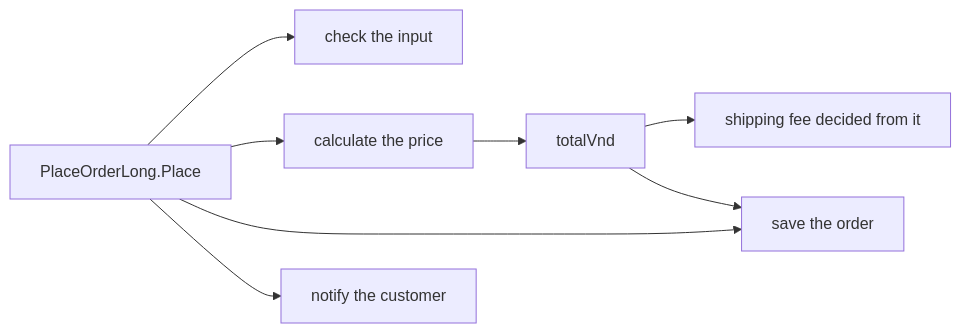
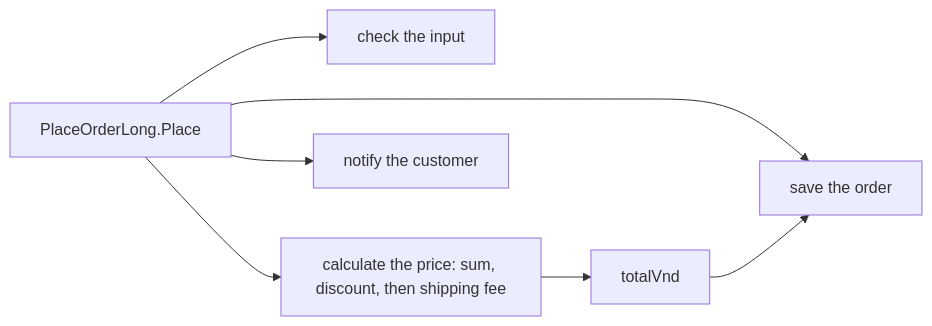
Before and after one commit to duyan11110/lo-trinh-architect: the diagram in content/tracks/design/solid/design.l1.why-design-matters.en.md, drawn with Mermaid. The commit also changed other lines of this file and 3 other files, not shown here.

````diff
--- a/content/tracks/design/solid/design.l1.why-design-matters.en.md
+++ b/content/tracks/design/solid/design.l1.why-design-matters.en.md
@@ -40,10 +40,9 @@
 ```mermaid
 flowchart LR
   P[PlaceOrderLong.Place] --> V[check the input]
-  P --> C[calculate the price]
+  P --> C[calculate the price: sum, discount, then shipping fee]
   P --> S[save the order]
   P --> N[notify the customer]
   C --> T[totalVnd]
-  T --> F[shipping fee decided from it]
   T --> S
 ```
````
